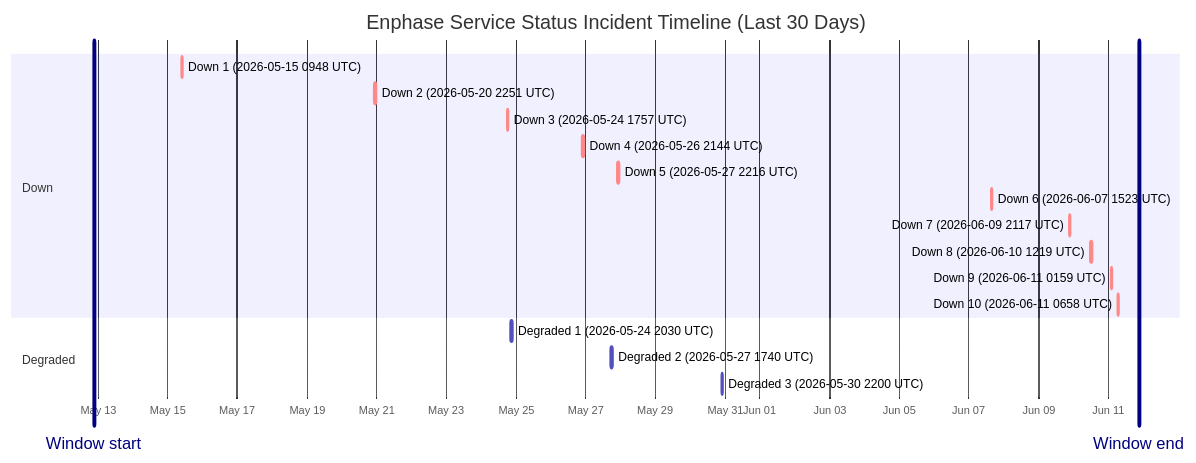
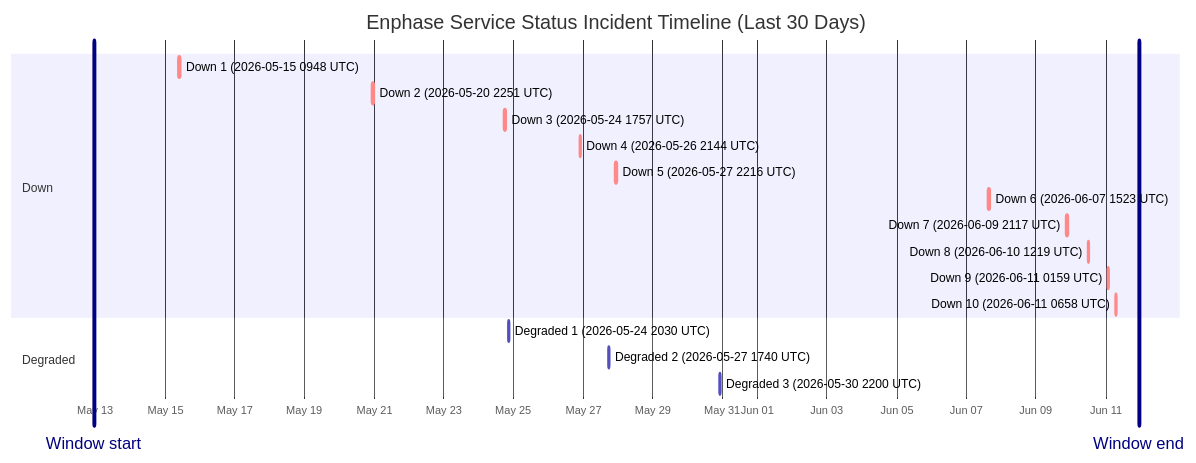
One commit to barneyonline/ha-enphase-energy changed the diagram in wiki/Service-Status-History.md. Above: the diagram before and after it, drawn with Mermaid. The commit also changed other lines of this file and 3 other files, not shown here.

````diff
--- a/wiki/Service-Status-History.md
+++ b/wiki/Service-Status-History.md
@@ -14,23 +14,23 @@
 ```mermaid
 gantt
     title Enphase Service Status Incident Timeline (Last 30 Days)
     dateFormat  YYYY-MM-DDTHH:mm:ss
     axisFormat  %b %d
-    Window start :vert, window-start, 2026-05-12T21:18:49, 0ms
-    Window end :vert, window-end, 2026-06-11T21:18:49, 0ms
+    Window start :vert, window-start, 2026-05-12T23:05:48, 0ms
+    Window end :vert, window-end, 2026-06-11T23:05:48, 0ms
     section Down
     Down 1 (2026-05-15 0948 UTC) :crit, down-1, 2026-05-15T09:48:18, 60m
     Down 2 (2026-05-20 2251 UTC) :crit, down-2, 2026-05-20T22:51:14, 75m
     Down 3 (2026-05-24 1757 UTC) :crit, down-3, 2026-05-24T17:57:41, 86m
     Down 4 (2026-05-26 2144 UTC) :crit, down-4, 2026-05-26T21:44:11, 85m
     Down 5 (2026-05-27 2216 UTC) :crit, down-5, 2026-05-27T22:16:53, 87m
     Down 6 (2026-06-07 1523 UTC) :crit, down-6, 2026-06-07T15:23:22, 87m
     Down 7 (2026-06-09 2117 UTC) :crit, down-7, 2026-06-09T21:17:17, 60m
     Down 8 (2026-06-10 1219 UTC) :crit, down-8, 2026-06-10T12:19:21, 60m
     Down 9 (2026-06-11 0159 UTC) :crit, down-9, 2026-06-11T01:59:36, 60m
     Down 10 (2026-06-11 0658 UTC) :crit, down-10, 2026-06-11T06:58:45, 60m
     section Degraded
     Degraded 1 (2026-05-24 2030 UTC) :active, degraded-1, 2026-05-24T20:30:57, 84m
     Degraded 2 (2026-05-27 1740 UTC) :active, degraded-2, 2026-05-27T17:40:52, 60m
     Degraded 3 (2026-05-30 2200 UTC) :active, degraded-3, 2026-05-30T22:00:37, 60m
 ```
````
